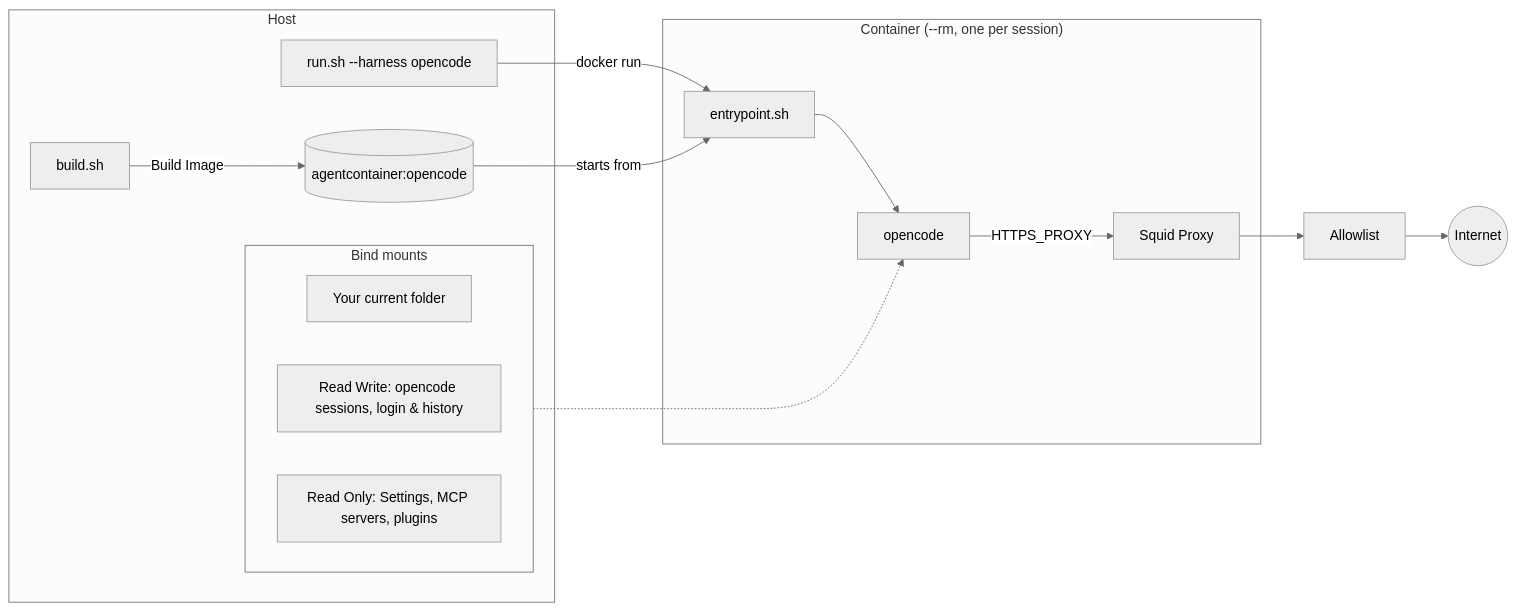
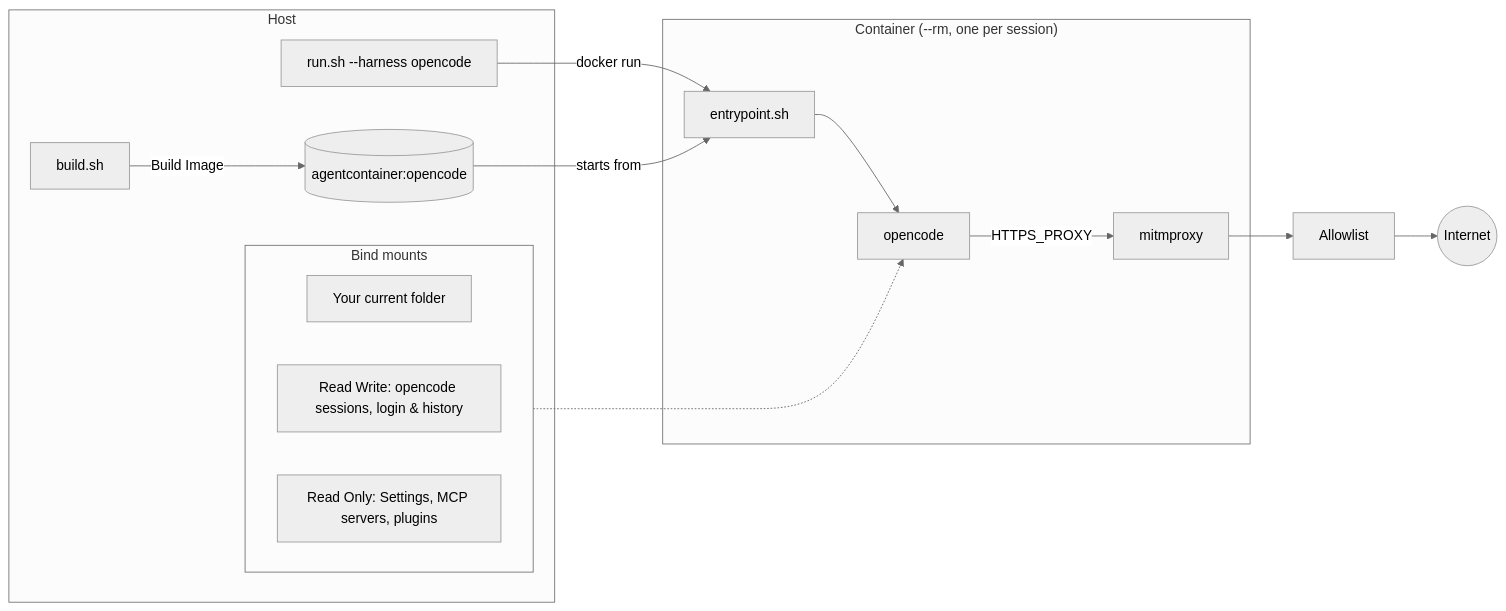
The diagram in docs/quickstart-opencode.md (WildDogOne/Agent-Container), drawn with Mermaid (neutral theme) before and after one commit. The commit also changed other lines of this file and 29 other files, not shown here.

````diff
--- a/docs/quickstart-opencode.md
+++ b/docs/quickstart-opencode.md
@@ -100,29 +100,29 @@
 ```mermaid
 flowchart LR
     subgraph host["Host"]
         buildsh["build.sh"]
         runsh["run.sh --harness opencode"]
         image[("agentcontainer:opencode")]
         subgraph mounts["Bind mounts"]
             direction LR
             pwd["Your current folder"]
             state["Read Write: opencode sessions, login & history"]
             cfg["Read Only: Settings, MCP servers, plugins"]
         end
     end
 
     subgraph ctr["Container (--rm, one per session)"]
         pid1["entrypoint.sh"]
         oc["opencode"]
-        squid["Squid Proxy"]
+        proxy["mitmproxy"]
     end
 
     allow["Allowlist"]
     internet(("Internet"))
 
     buildsh -- "Build Image" --> image
     runsh -- "docker run" --> pid1
     image -- "starts from" --> pid1 --> oc
     mounts -.-> oc
-    oc -- "HTTPS_PROXY" --> squid --> allow --> internet
+    oc -- "HTTPS_PROXY" --> proxy --> allow --> internet
 ```
````
